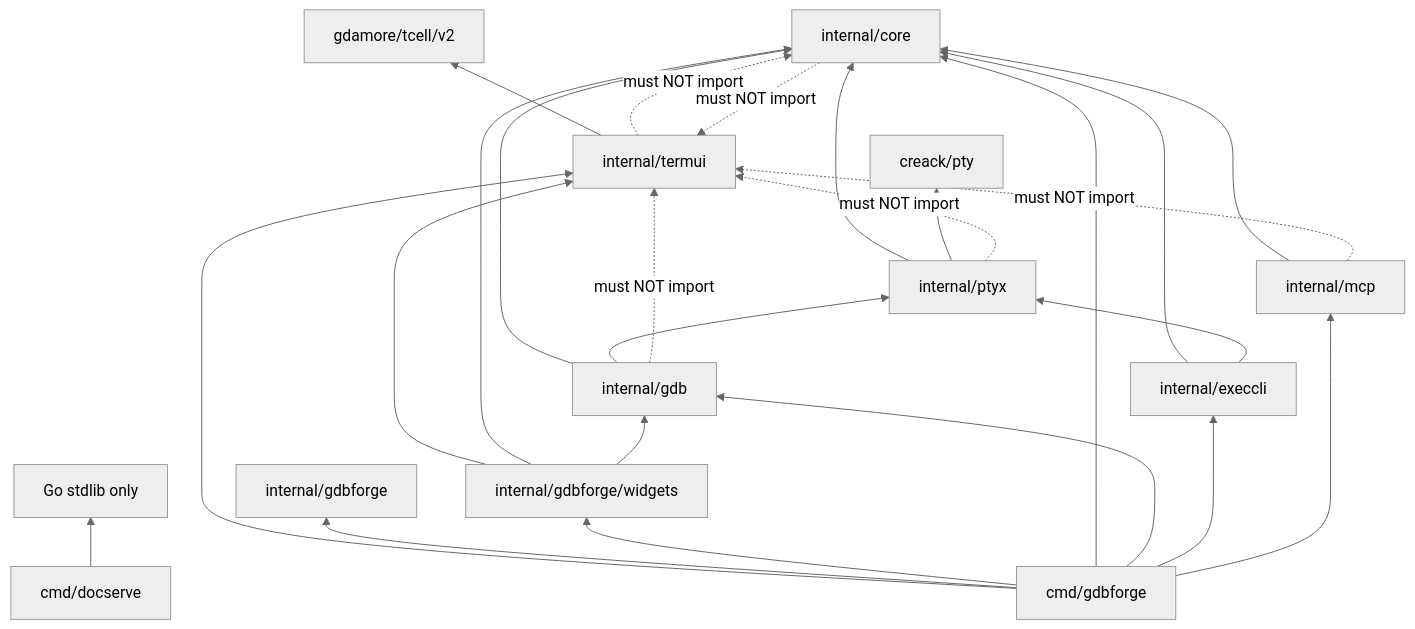
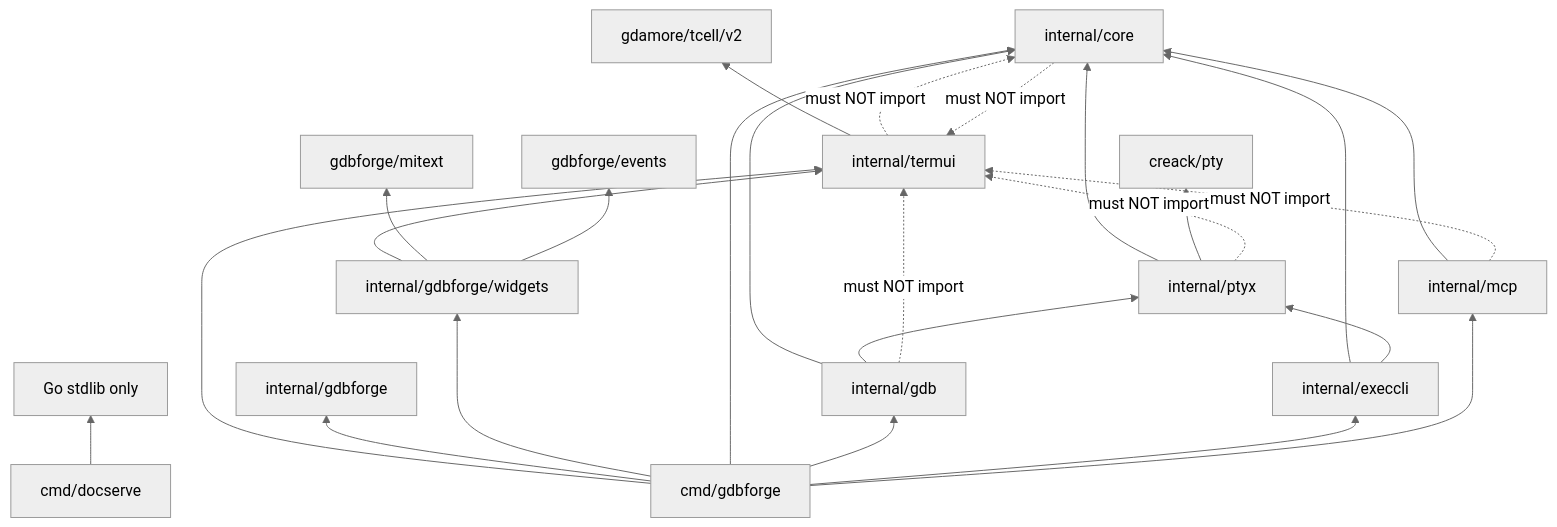
The diagram in docs/DEPENDENCIES.md (yairgd/gdbforge), drawn with Mermaid (neutral theme) before and after one commit. The commit also changed other lines of this file and 73 other files, not shown here.

First line of the commit message:
Split framework packages from gdbforge app code so TUI/host no longer depends on GDB/Delve.

````diff
--- a/docs/DEPENDENCIES.md
+++ b/docs/DEPENDENCIES.md
@@ -69,44 +84,44 @@
 ```mermaid
 flowchart BT
     tcell["gdamore/tcell/v2"]
     ptyLib["creack/pty"]
 
     termui["internal/termui"]
     gdbforge_pkg["internal/gdbforge"]
     widgets["internal/gdbforge/widgets"]
     core["internal/core"]
     ptyx["internal/ptyx"]
     gdb["internal/gdb"]
     execcli["internal/execcli"]
     mcp["internal/mcp"]
     gdbforge_cmd["cmd/gdbforge"]
     docserve["cmd/docserve"]
 
     termui --> tcell
     widgets --> termui
-    widgets --> core
-    widgets --> gdb
+    widgets --> mitext["gdbforge/mitext"]
+    widgets --> events["gdbforge/events"]
     ptyx --> core
     ptyx --> ptyLib
     gdb --> core
     gdb --> ptyx
     execcli --> core
     execcli --> ptyx
     mcp --> core
 
     gdbforge_cmd --> termui
     gdbforge_cmd --> gdbforge_pkg
     gdbforge_cmd --> widgets
     gdbforge_cmd --> core
     gdbforge_cmd --> gdb
     gdbforge_cmd --> execcli
     gdbforge_cmd --> mcp
 
     docserve --> stdlib["Go stdlib only"]
 
     gdb -.->|"must NOT import"| termui
     ptyx -.->|"must NOT import"| termui
     mcp -.->|"must NOT import"| termui
     core -.->|"must NOT import"| termui
     termui -.->|"must NOT import"| core
 ```
````
